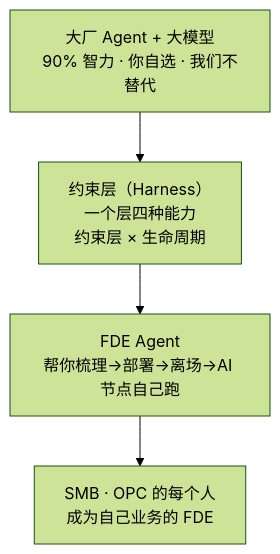
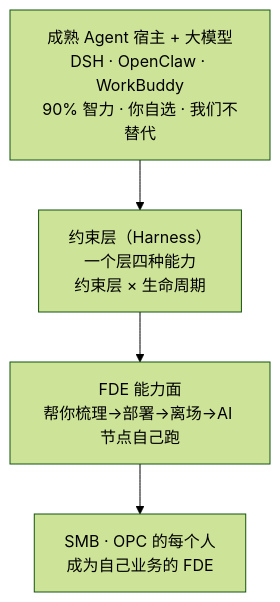
The first of 10 diagrams in docs/ARCHITECTURE.md (KongFangXun/sofagent), drawn with Mermaid (forest theme) before and after one commit. The commit also changed other lines of this file and 9 other files, not shown here.

First line of the commit message:
docs(fresh-eyes 叙事扫描): 第二层文档「一个 FDE Agent」→「FDE 能力层」全量对齐

````diff
--- a/docs/ARCHITECTURE.md
+++ b/docs/ARCHITECTURE.md
@@ -14,6 +14,6 @@
 ```mermaid
 graph TD
-    A[大厂 Agent + 大模型<br/>90% 智力 · 你自选 · 我们不替代] --> B[约束层（Harness）<br/>一个层四种能力<br/>约束层 × 生命周期]
-    B --> C[FDE Agent<br/>帮你梳理→部署→离场→AI 节点自己跑]
+    A[成熟 Agent 宿主 + 大模型<br/>DSH · OpenClaw · WorkBuddy<br/>90% 智力 · 你自选 · 我们不替代] --> B[约束层（Harness）<br/>一个层四种能力<br/>约束层 × 生命周期]
+    B --> C[FDE 能力面<br/>帮你梳理→部署→离场→AI 节点自己跑]
     C --> D[SMB · OPC 的每个人<br/>成为自己业务的 FDE]
 ```
````
